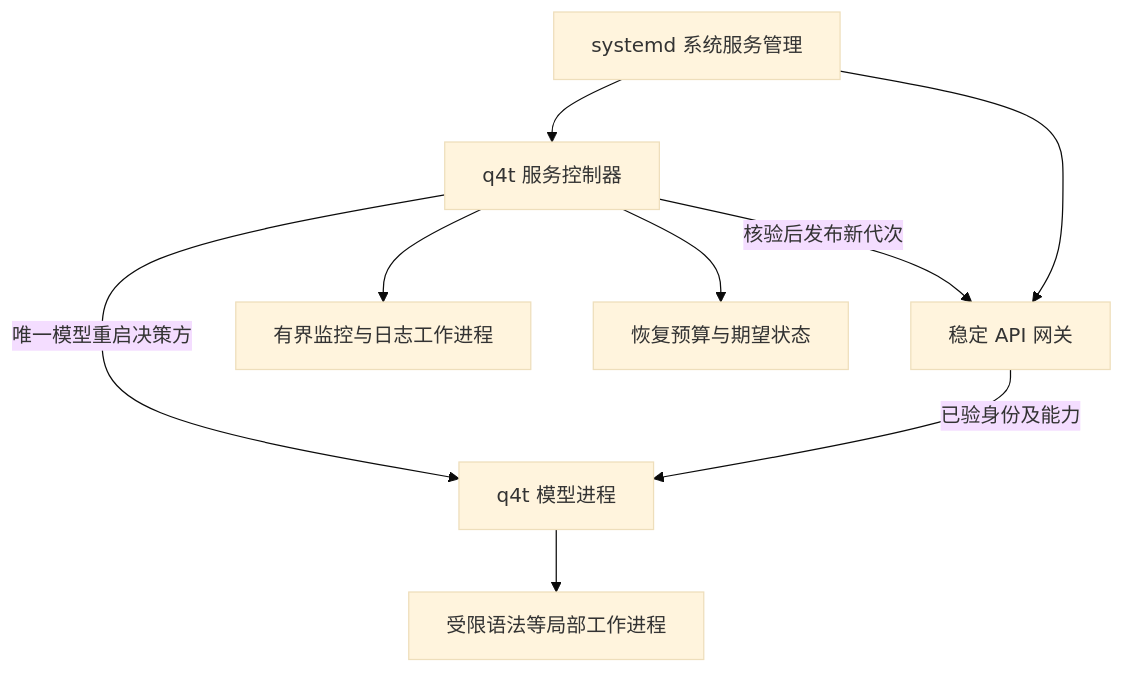
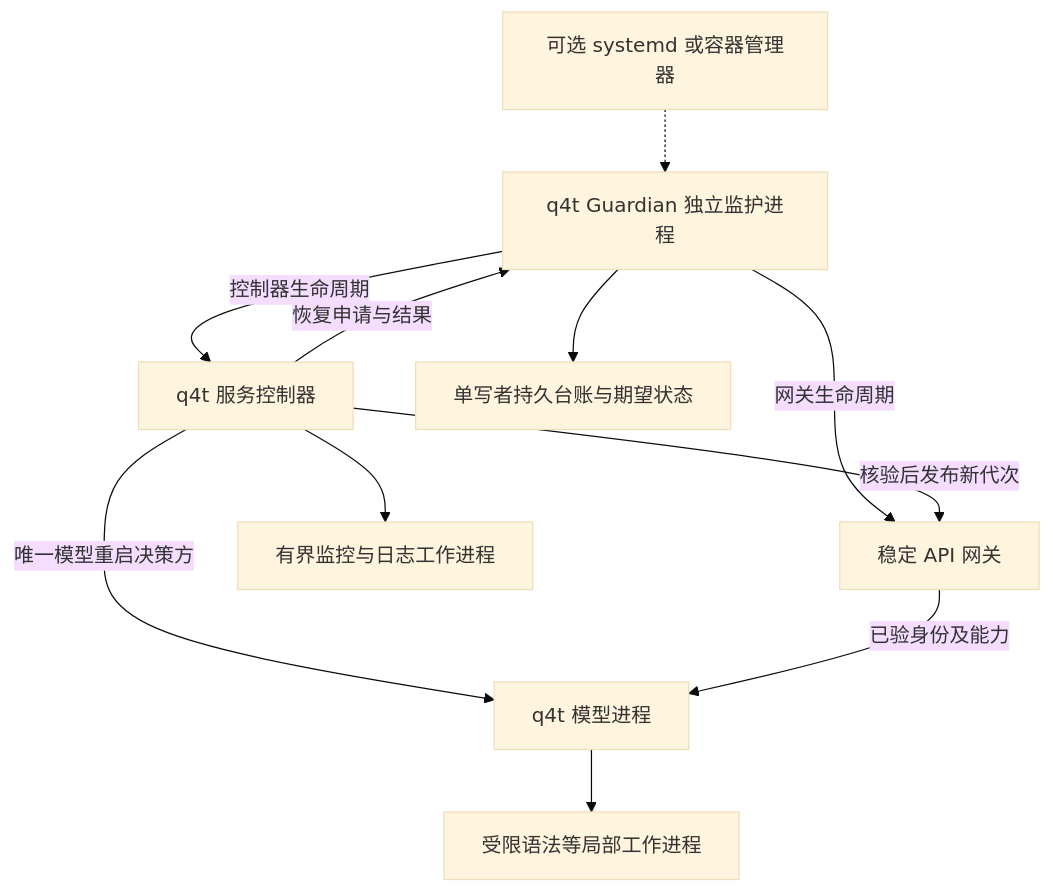
The diagram in docs/SERVE_SELF_RECOVERY_DESIGN_2026-11-07.md (thomas-hiddenpeak/qwen4-thor), drawn with Mermaid (base theme) before and after one commit. The commit also changed other lines of this file and 2 other files, not shown here.

Commit message:
docs(serve): make built-in supervision independent of systemd

````diff
--- a/docs/SERVE_SELF_RECOVERY_DESIGN_2026-11-07.md
+++ b/docs/SERVE_SELF_RECOVERY_DESIGN_2026-11-07.md
@@ -54,11 +59,13 @@
 ```mermaid
 flowchart TD
-  S[systemd 系统服务管理] --> C[q4t 服务控制器]
-  S --> G[稳定 API 网关]
+  S[可选 systemd 或容器管理器] -.-> R[q4t Guardian 独立监护进程]
+  R -->|控制器生命周期| C[q4t 服务控制器]
+  R -->|网关生命周期| G[稳定 API 网关]
   C -->|唯一模型重启决策方| M[q4t 模型进程]
   C --> A[有界监控与日志工作进程]
-  C --> J[恢复预算与期望状态]
+  R --> J[单写者持久台账与期望状态]
+  C -->|恢复申请与结果| R
   C -->|核验后发布新代次| G
   G -->|已验身份及能力| M
   M --> W[受限语法等局部工作进程]
 ```
````
